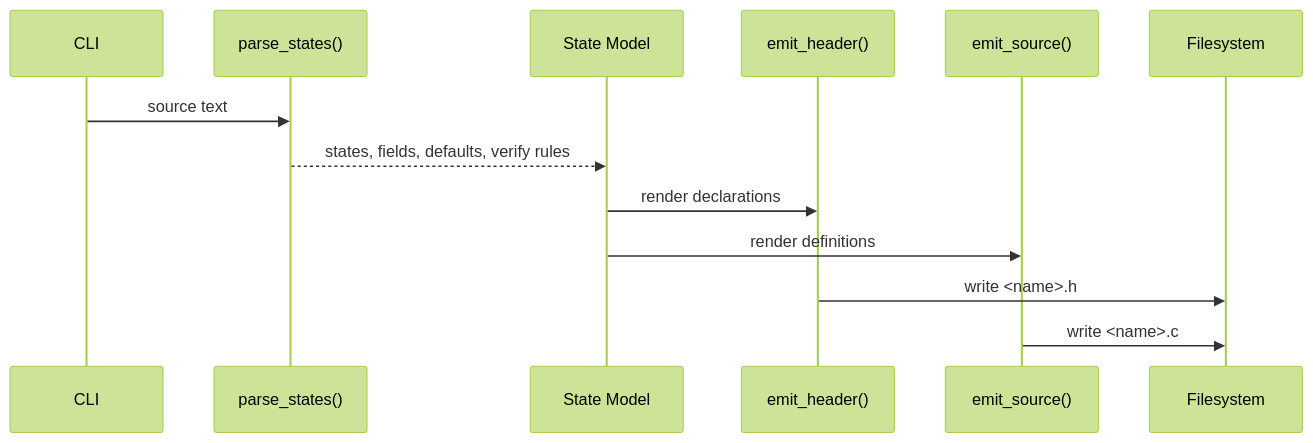
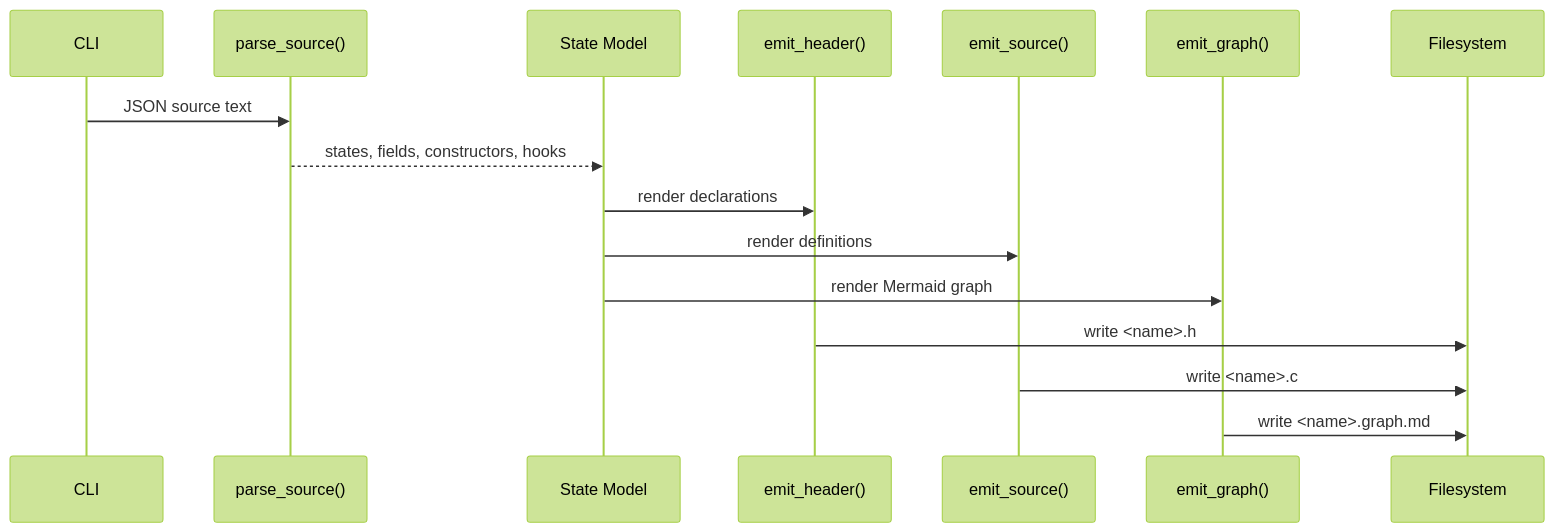
One commit to knstt/kek changed the diagram in doc/generator/specification.md. Above: the diagram before and after it, drawn with Mermaid (forest theme). The commit also changed other lines of this file and 13 other files, not shown here.

````diff
--- a/doc/generator/specification.md
+++ b/doc/generator/specification.md
@@ -164,16 +196,19 @@
 ```mermaid
 sequenceDiagram
     participant CLI as CLI
-    participant Parser as parse_states()
+    participant Parser as parse_source()
     participant Model as State Model
     participant Header as emit_header()
     participant Source as emit_source()
+    participant Graph as emit_graph()
     participant FS as Filesystem
 
-    CLI->>Parser: source text
-    Parser-->>Model: states, fields, defaults, verify rules
+    CLI->>Parser: JSON source text
+    Parser-->>Model: states, fields, constructors, hooks
     Model->>Header: render declarations
     Model->>Source: render definitions
+    Model->>Graph: render Mermaid graph
     Header->>FS: write <name>.h
     Source->>FS: write <name>.c
+    Graph->>FS: write <name>.graph.md
 ```
````
